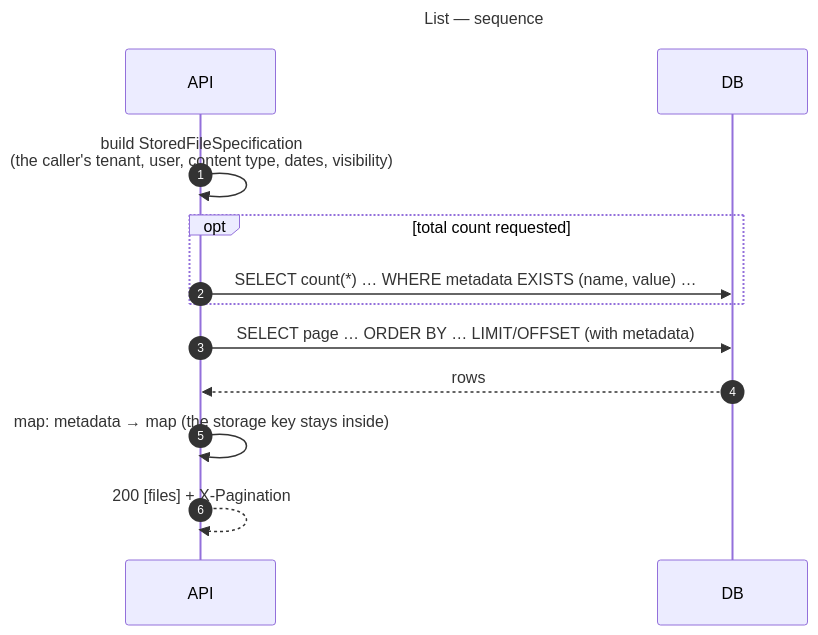
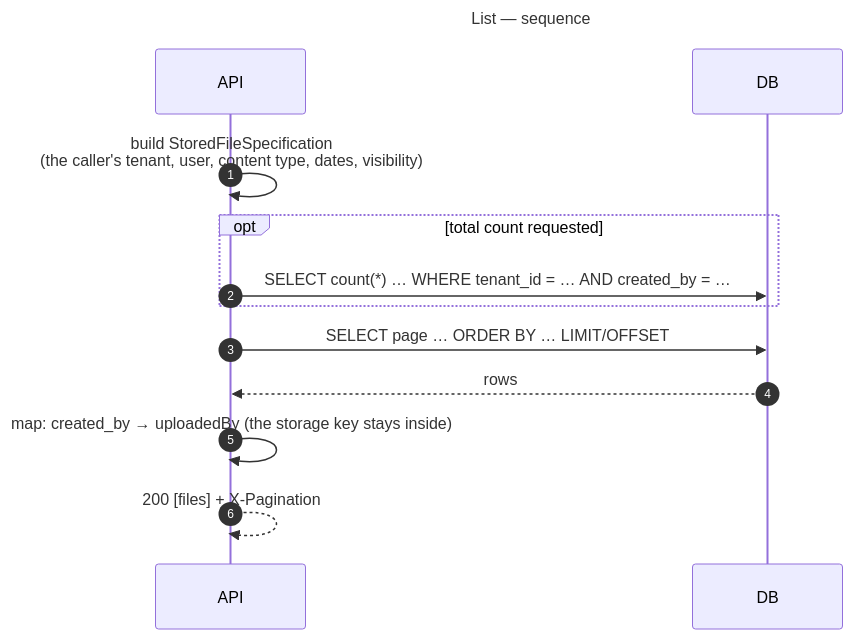
The fifth of 16 diagrams in docs/sequence-diagrams.md (gmetskhvarishvili/GM.FileStorage.Samples), drawn with Mermaid before and after one commit. The commit also changed other lines of this file and 26 other files, not shown here.

First line of the commit message:
refactor!: tenant as a column, uploader from created_by, no metadata rows

````diff
--- a/docs/sequence-diagrams.md
+++ b/docs/sequence-diagrams.md
@@ -198,18 +197,18 @@
 ```mermaid
 ---
 title: List — sequence
 ---
 sequenceDiagram
     autonumber
     participant API
     participant DB
 
     API->>API: build StoredFileSpecification<br/>(the caller's tenant, user, content type, dates, visibility)
     opt total count requested
-        API->>DB: SELECT count(*) … WHERE metadata EXISTS (name, value) …
+        API->>DB: SELECT count(*) … WHERE tenant_id = … AND created_by = …
     end
-    API->>DB: SELECT page … ORDER BY … LIMIT/OFFSET (with metadata)
+    API->>DB: SELECT page … ORDER BY … LIMIT/OFFSET
     DB-->>API: rows
-    API->>API: map: metadata → map (the storage key stays inside)
+    API->>API: map: created_by → uploadedBy (the storage key stays inside)
     API-->>API: 200 [files] + X-Pagination
 ```
````
